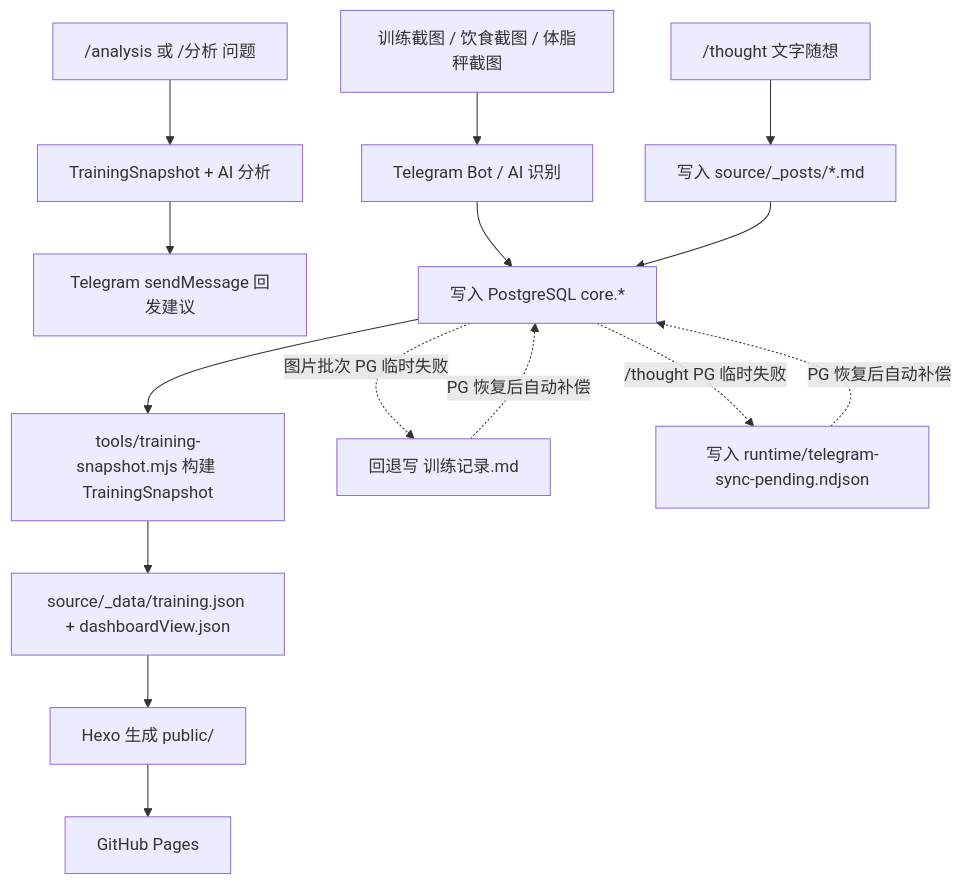
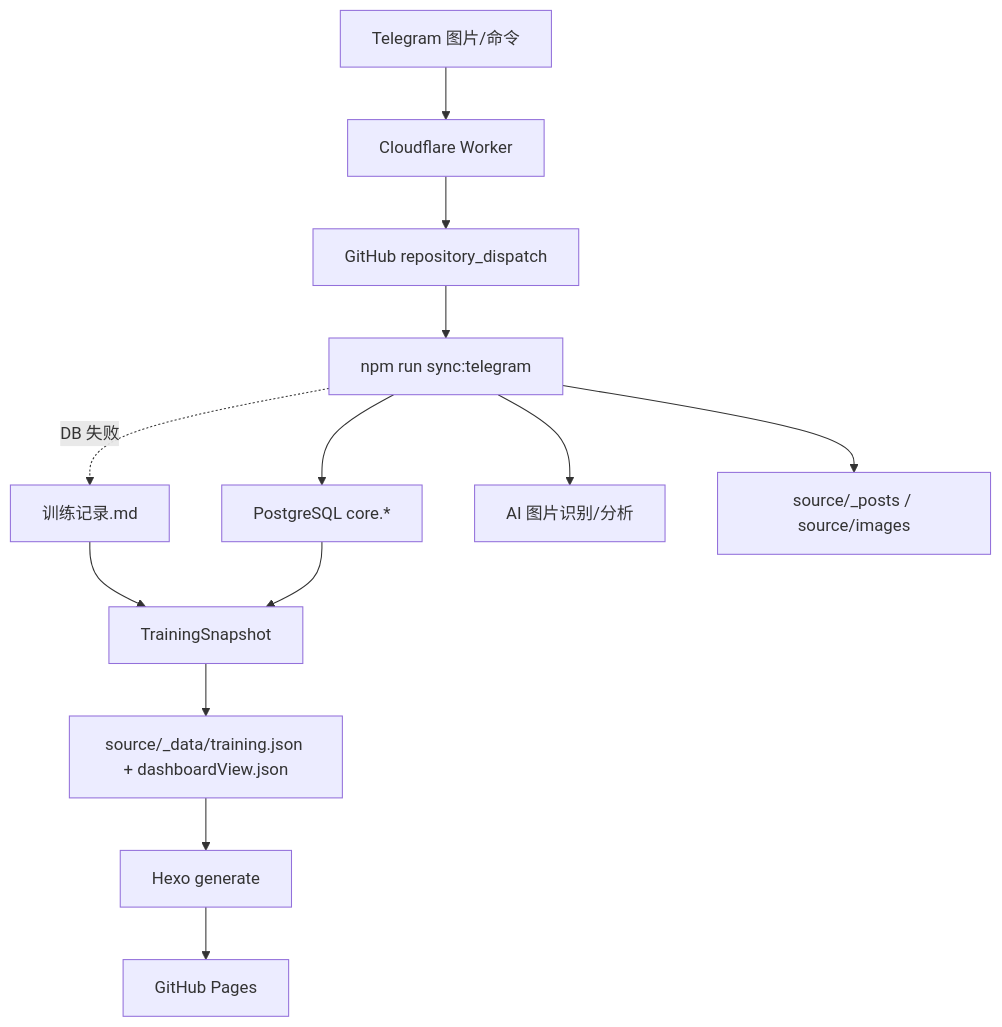
One commit to soulgo/training_records changed the diagram in README.md. Above: the diagram before and after it, drawn with Mermaid. The commit also changed other lines of this file and 24 other files, not shown here.

````diff
--- a/README.md
+++ b/README.md
@@ -46,17 +34,15 @@
 ```mermaid
 flowchart TD
-    A["训练截图 / 饮食截图 / 体脂秤截图"] --> B["Telegram Bot / AI 识别"]
-    T["/thought 文字随想"] --> T1["写入 source/_posts/*.md"]
-    X["/analysis 或 /分析 问题"] --> X1["TrainingSnapshot + AI 分析"]
-    X1 --> X2["Telegram sendMessage 回发建议"]
-    B --> C["写入 PostgreSQL core.*"]
-    T1 --> C
-    C --> D["tools/training-snapshot.mjs 构建 TrainingSnapshot"]
-    D --> E["source/_data/training.json + dashboardView.json"]
-    E --> F["Hexo 生成 public/"]
-    F --> G["GitHub Pages"]
-    C -. 图片批次 PG 临时失败 .-> H["回退写 训练记录.md"]
-    C -. /thought PG 临时失败 .-> Q["写入 runtime/telegram-sync-pending.ndjson"]
-    H -. PG 恢复后自动补偿 .-> C
-    Q -. PG 恢复后自动补偿 .-> C
+  A["训练记录.md"] --> S["TrainingSnapshot"]
+  DB["PostgreSQL core.*"] --> S
+  TG["Telegram 图片/命令"] --> W["Cloudflare Worker"]
+  W --> GH["GitHub repository_dispatch"]
+  GH --> SYNC["npm run sync:telegram"]
+  SYNC --> AI["AI 图片识别/分析"]
+  SYNC --> DB
+  SYNC -. "DB 失败" .-> A
+  SYNC --> P["source/_posts / source/images"]
+  S --> DATA["source/_data/training.json + dashboardView.json"]
+  DATA --> HEXO["Hexo generate"]
+  HEXO --> PAGES["GitHub Pages"]
 ```
````
